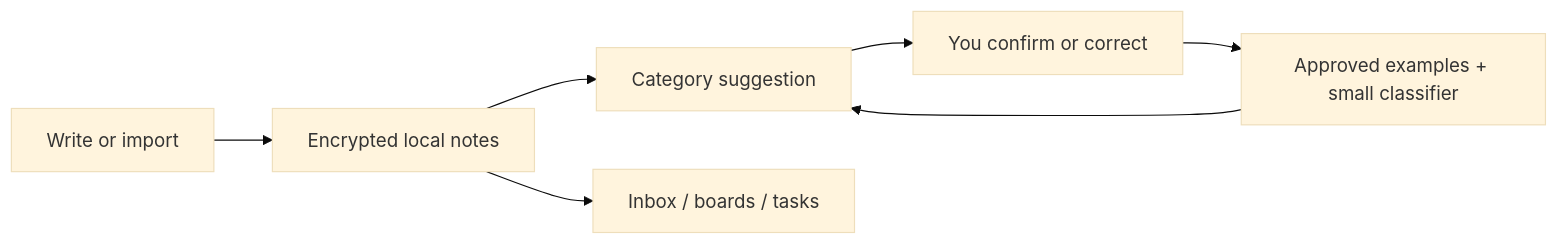
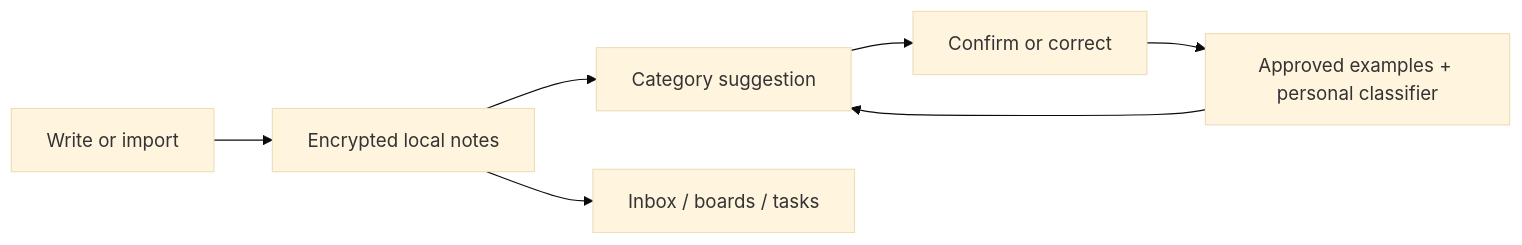
The diagram in README.md (TarunB-Git/notes-that-learn), drawn with Mermaid (base theme) before and after one commit. The commit also changed other lines of this file and 20 other files, not shown here.

````diff
--- a/README.md
+++ b/README.md
@@ -66,9 +54,9 @@
 ```mermaid
 flowchart LR
     Capture[Write or import] --> Notes[Encrypted local notes]
     Notes --> Suggest[Category suggestion]
-    Suggest --> Review[You confirm or correct]
-    Review --> Learn[Approved examples + small classifier]
+    Suggest --> Review[Confirm or correct]
+    Review --> Learn[Approved examples + personal classifier]
     Learn --> Suggest
     Notes --> Browse[Inbox / boards / tasks]
 ```
````
